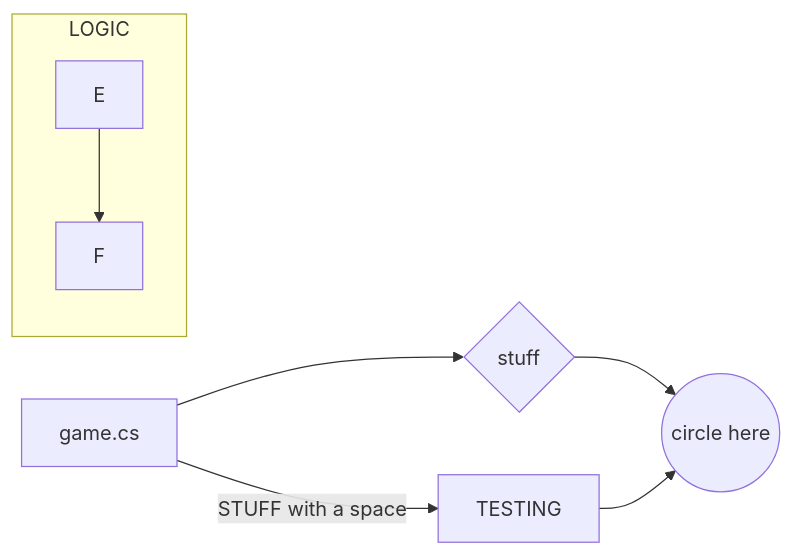
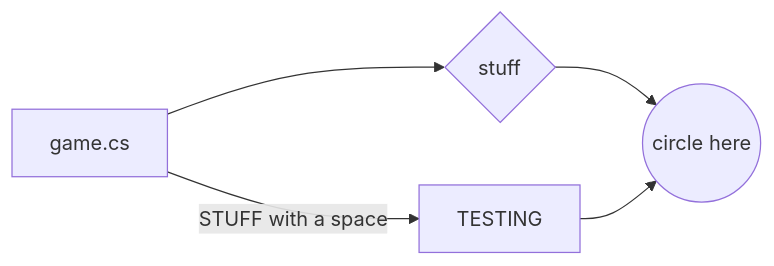
One commit to dconlrn/dconlrn.github.io changed the second of 3 diagrams in merm.md. Above: the diagram before and after it, drawn with Mermaid. The commit also changed other lines of this file, not shown here.

Commit message:
django dep update

```diff
--- a/merm.md
+++ b/merm.md
@@ -23,14 +23,11 @@
 <div class="mermaid"> 
 
 
 graph LR;
     A[game.cs]-->B{stuff};
     A-->|STUFF with a space|C[TESTING];
     B-->D((circle here));
     C-->D;
-    subgraph O[LOGIC];
-    E-->F
-    end;
 
 
 </div> 
```
